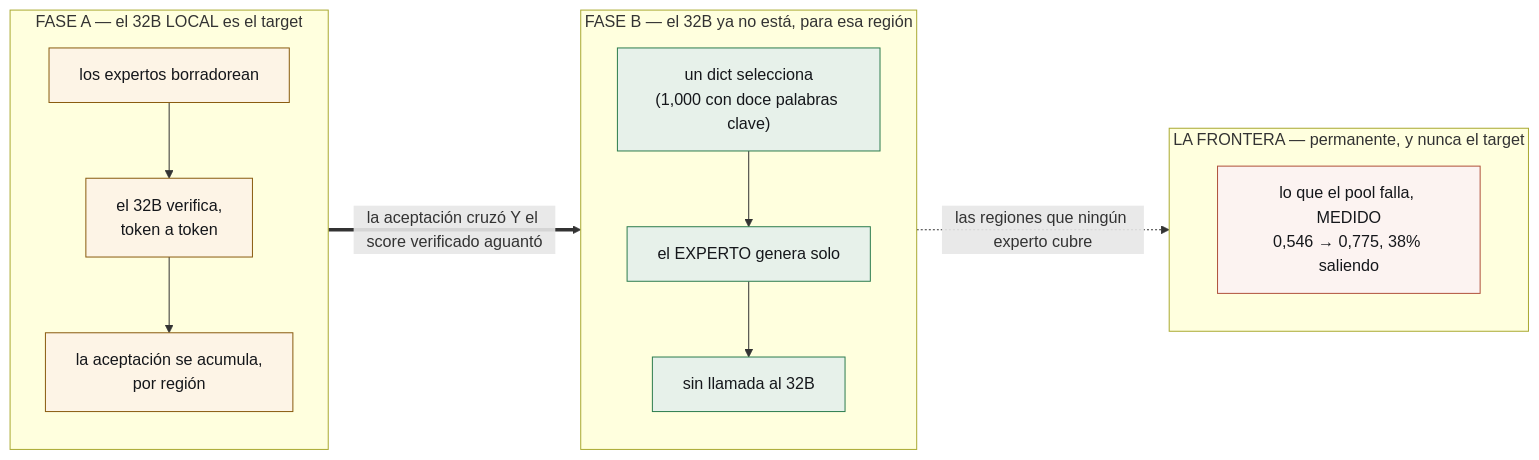
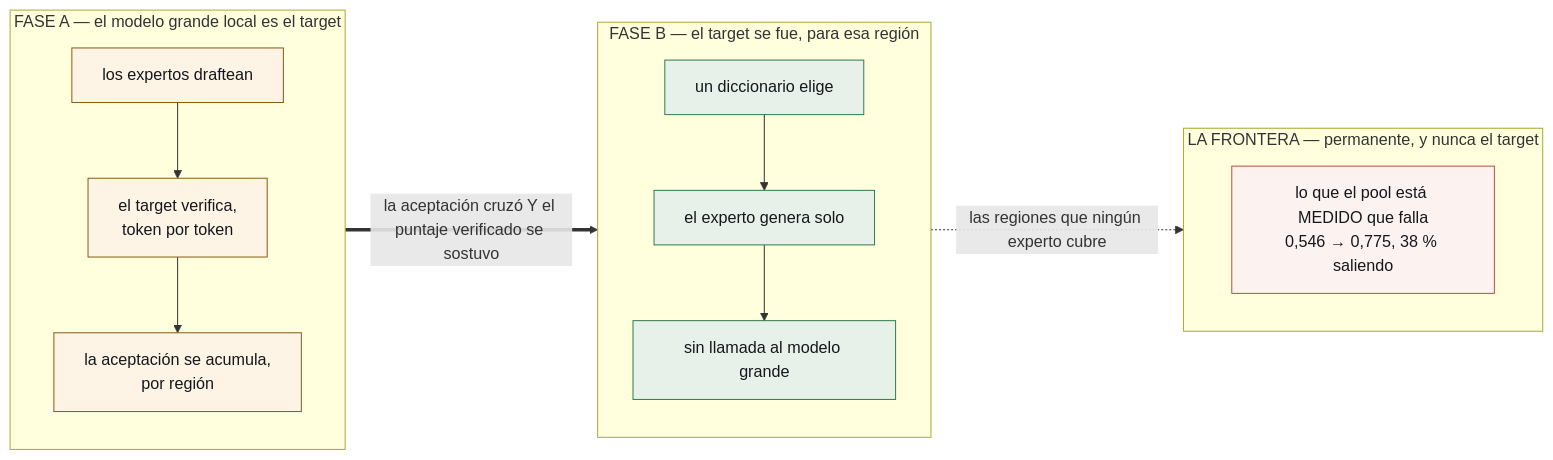
The second of 2 diagrams in README.es.md (EvolvingAgentsLabs/lora-kernel), drawn with Mermaid before and after one commit. The commit also changed other lines of this file and 7 other files, not shown here.

````diff
--- a/README.es.md
+++ b/README.es.md
@@ -202,24 +267,24 @@
 ```mermaid
 flowchart LR
-    subgraph PA["FASE A — el 32B LOCAL es el target"]
+    subgraph PA["FASE A — el modelo grande local es el target"]
         direction TB
-        A1["los expertos borradorean"] --> A2["el 32B verifica,<br>token a token"] --> A3["la aceptación se acumula,<br>por región"]
+        A1["los expertos draftean"] --> A2["el target verifica,<br>token por token"] --> A3["la aceptación se acumula,<br>por región"]
     end
-    subgraph PB["FASE B — el 32B ya no está, para esa región"]
+    subgraph PB["FASE B — el target se fue, para esa región"]
         direction TB
-        B1["un dict selecciona<br>(1,000 con doce palabras clave)"] --> B2["el EXPERTO genera solo"] --> B3["sin llamada al 32B"]
+        B1["un diccionario elige"] --> B2["el experto genera solo"] --> B3["sin llamada al modelo grande"]
     end
     subgraph FR["LA FRONTERA — permanente, y nunca el target"]
         direction TB
-        F1["lo que el pool falla, MEDIDO<br>0,546 → 0,775, 38% saliendo"]
+        F1["lo que el pool está MEDIDO que falla<br>0,546 → 0,775, 38 % saliendo"]
     end
-    PA == "la aceptación cruzó Y el score verificado aguantó" ==> PB
+    PA == "la aceptación cruzó Y el puntaje verificado se sostuvo" ==> PB
     PB -. "las regiones que ningún experto cubre" .-> FR
 
     classDef a fill:#FDF4E6,stroke:#8A5C10,color:#15171B
     classDef b fill:#E7F1EA,stroke:#2E7D4F,color:#15171B
+    classDef f fill:#FCF3F1,stroke:#B0523C,color:#15171B
     class A1,A2,A3 a
     class B1,B2,B3 b
     class F1 f
-    classDef f fill:#FCF3F1,stroke:#B0523C,color:#15171B
 ```
````
